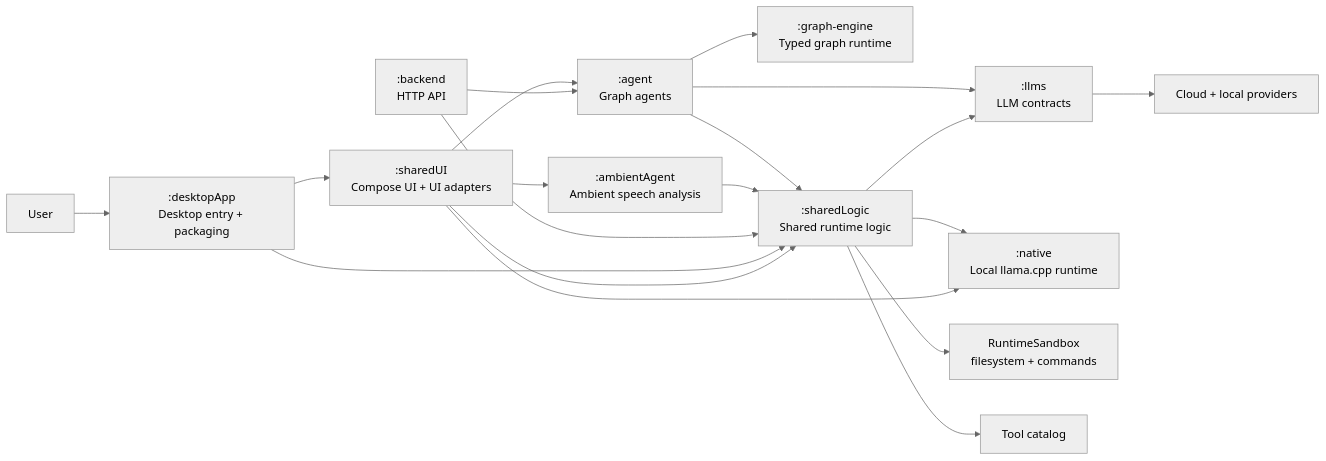
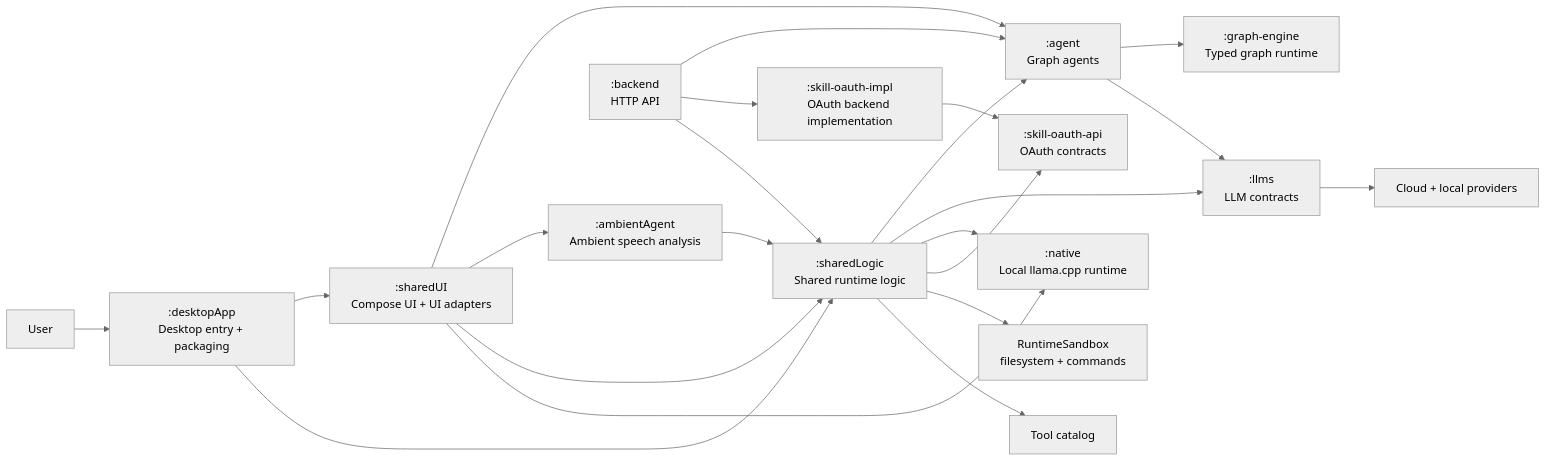
Before and after one commit to D00mch/souz: the first of 5 diagrams in README.md, drawn with Mermaid (neutral theme). The commit also changed other lines of this file and 27 other files, not shown here.

````diff
--- a/README.md
+++ b/README.md
@@ -124,23 +129,26 @@
 ```mermaid
 flowchart LR
     userNode["User"] --> desktopApp[":desktopApp\nDesktop entry + packaging"]
     desktopApp --> sharedUi[":sharedUI\nCompose UI + UI adapters"]
     sharedUi --> agentNode[":agent\nGraph agents"]
     sharedUi --> ambientNode[":ambientAgent\nAmbient speech analysis"]
     backendApi[":backend\nHTTP API"] --> agentNode
 
     agentNode --> graphEngine[":graph-engine\nTyped graph runtime"]
-    agentNode --> runtimeNode[":sharedLogic\nShared runtime logic"]
     agentNode --> llmsNode[":llms\nLLM contracts"]
+    runtimeNode[":sharedLogic\nShared runtime logic"] --> agentNode
     runtimeNode --> llmsNode
     runtimeNode --> nativeRuntime[":native\nLocal llama.cpp runtime"]
+    runtimeNode --> oauthApi[":skill-oauth-api\nOAuth contracts"]
+    oauthImpl[":skill-oauth-impl\nOAuth backend implementation"] --> oauthApi
+    backendApi --> oauthImpl
     ambientNode --> runtimeNode
     backendApi --> runtimeNode
     desktopApp --> runtimeNode
     sharedUi --> runtimeNode
     sharedUi --> nativeRuntime
 
     runtimeNode --> sandboxNode["RuntimeSandbox\nfilesystem + commands"]
     runtimeNode --> toolsNode["Tool catalog"]
     llmsNode --> providersNode["Cloud + local providers"]
 ```
````
